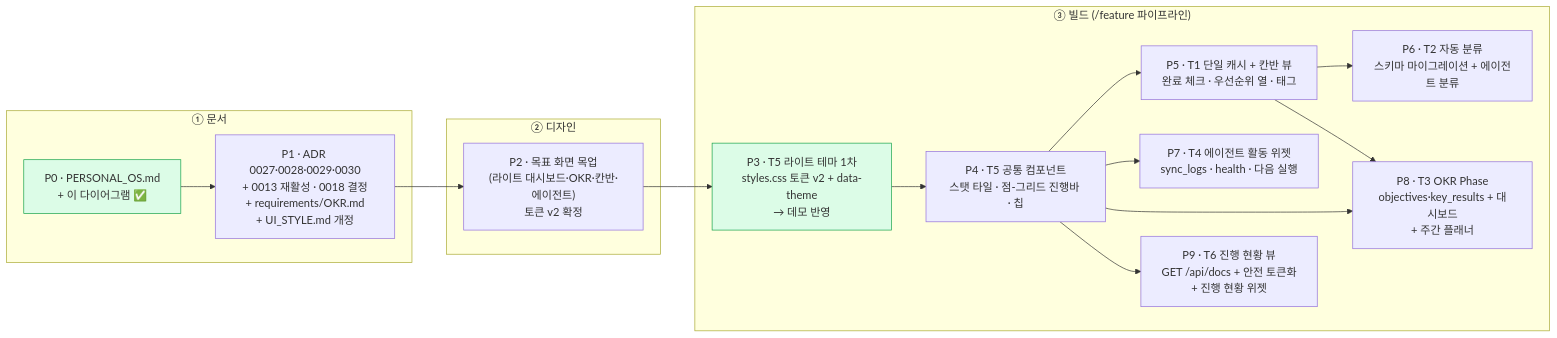
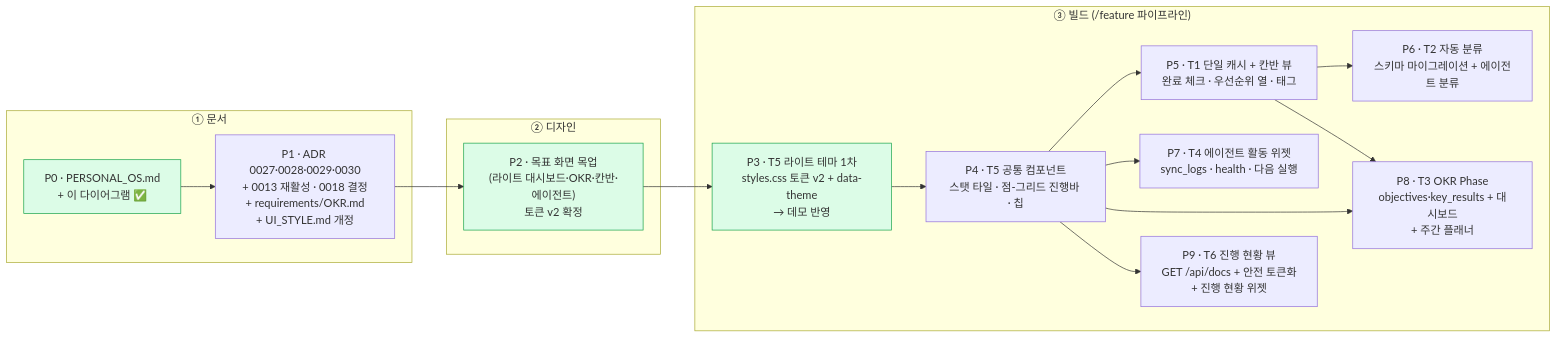
One commit to gamercross/my-setup-proj changed the diagram in docs/progress/PROGRESS.md. Above: the diagram before and after it, drawn with Mermaid. The commit also changed other lines of this file and 9 other files, not shown here.

````diff
--- a/docs/progress/PROGRESS.md
+++ b/docs/progress/PROGRESS.md
@@ -304,29 +304,30 @@
 ```mermaid
 flowchart LR
   subgraph DOC["① 문서"]
     P0["P0 · PERSONAL_OS.md<br/>+ 이 다이어그램 ✅"]
     P1["P1 · ADR 0027·0028·0029·0030<br/>+ 0013 재활성 · 0018 결정<br/>+ requirements/OKR.md<br/>+ UI_STYLE.md 개정"]
   end
   subgraph DES["② 디자인"]
     P2["P2 · 목표 화면 목업<br/>(라이트 대시보드·OKR·칸반·에이전트)<br/>토큰 v2 확정"]
   end
   subgraph BUILD["③ 빌드 (/feature 파이프라인)"]
     P3["P3 · T5 라이트 테마 1차<br/>styles.css 토큰 v2 + data-theme<br/>→ 데모 반영"]
     P4["P4 · T5 공통 컴포넌트<br/>스탯 타일 · 점-그리드 진행바 · 칩"]
     P5["P5 · T1 단일 캐시 + 칸반 뷰<br/>완료 체크 · 우선순위 열 · 태그"]
     P6["P6 · T2 자동 분류<br/>스키마 마이그레이션 + 에이전트 분류"]
     P7["P7 · T4 에이전트 활동 위젯<br/>sync_logs · health · 다음 실행"]
     P8["P8 · T3 OKR Phase<br/>objectives·key_results + 대시보드<br/>+ 주간 플래너"]
     P9["P9 · T6 진행 현황 뷰<br/>GET /api/docs + 안전 토큰화<br/>+ 진행 현황 위젯"]
   end
 
   P0 --> P1 --> P2 --> P3 --> P4
   P4 --> P5 --> P6
   P4 --> P7
   P4 --> P8
   P4 --> P9
   P5 --> P8
 
   style P0 fill:#dcfce7,stroke:#16a34a
+  style P2 fill:#dcfce7,stroke:#16a34a
   style P3 fill:#dcfce7,stroke:#16a34a
 ```
````
